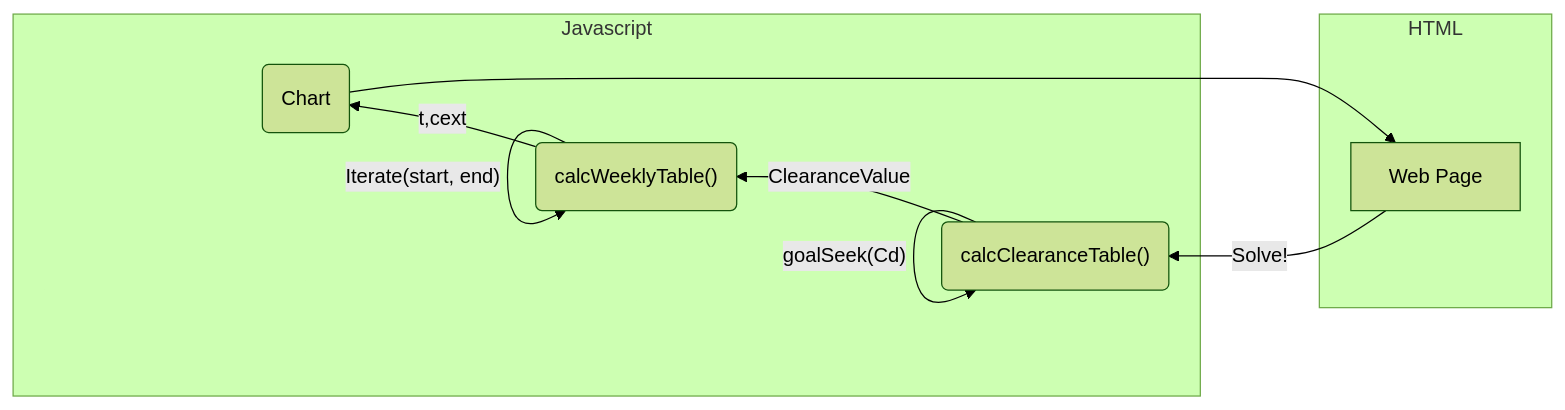
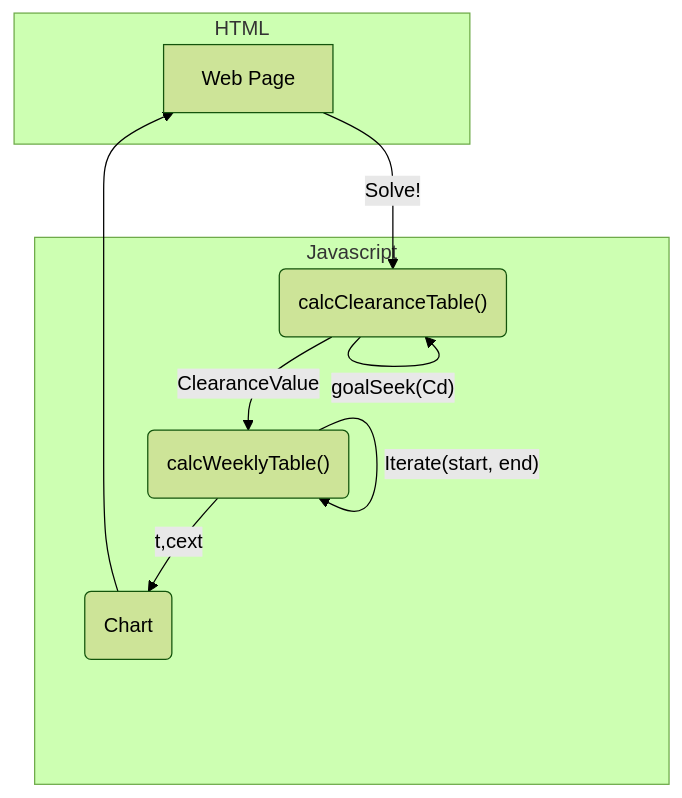
The diagram in README.md (aaaahn/dialsim), drawn with Mermaid (forest theme) before and after one commit.

Commit message:
changed chart orientation

````diff
--- a/README.md
+++ b/README.md
@@ -12,16 +12,25 @@
 ```mermaid
 
-graph RL
+
+
+
+graph TD
     subgraph HTML
        A 
     end
     subgraph Javascript
+        A[Web Page] -- Solve! --> B("calcClearanceTable()")
+        B -- ClearanceValue --> D("calcWeeklyTable()")
         D -- "Iterate(start, end)" -->D
         D --  t,cext --> E(Chart)
         E --> A
         B -- "goalSeek(Cd)" --> B
-        A[Web Page] -- Solve! --> B("calcClearanceTable()")
-        B -- ClearanceValue --> D("calcWeeklyTable()")
     end
 
+
+
+
+
+
+
 ```
````
